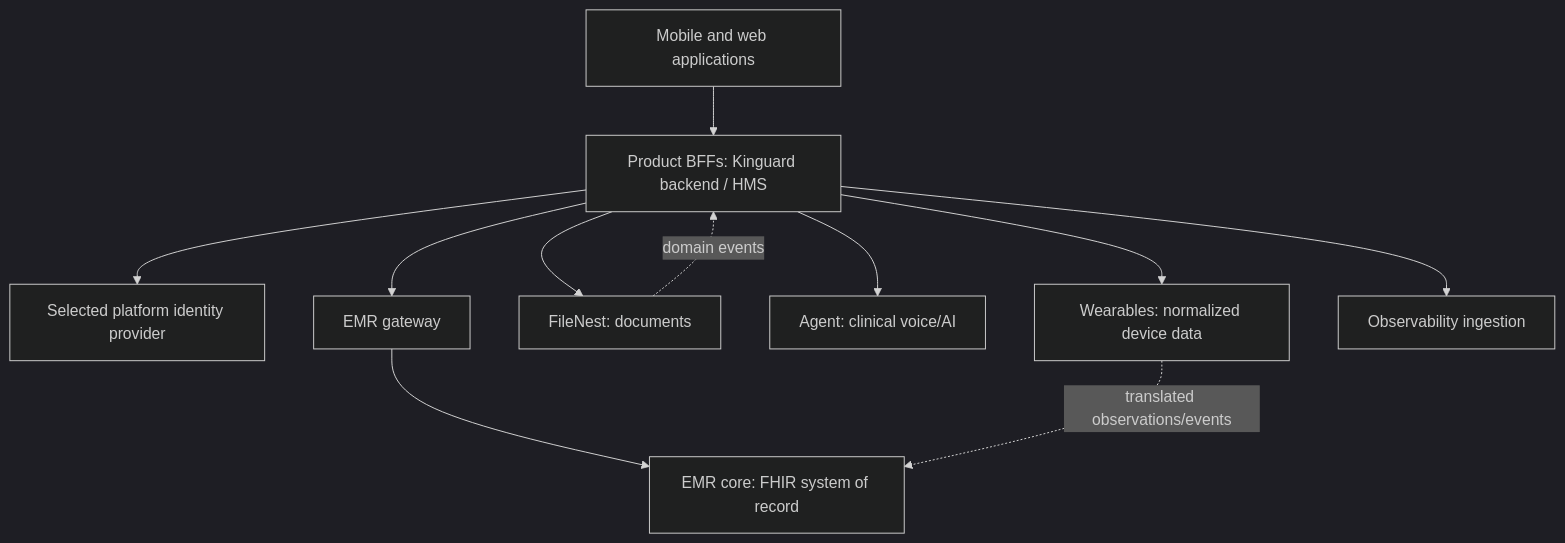
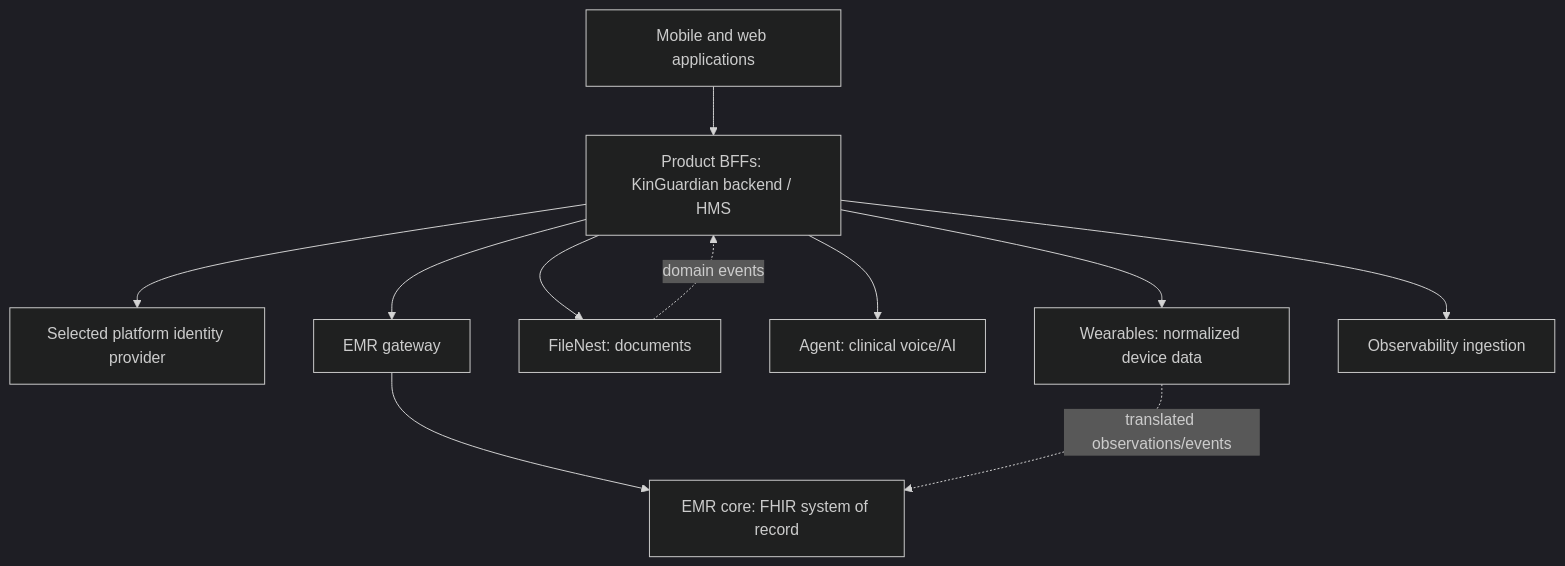
One commit to OpenHealthAgents/kinguardian-platform changed the diagram in ARCHITECTURE_PROPOSAL.md. Above: the diagram before and after it, drawn with Mermaid (dark theme). The commit also changed other lines of this file and 514 other files, not shown here.

Commit message:
feat(branding): complete rename from KinGuard to KinGuardian across all directories, docs, Docker, and configs

````diff
--- a/ARCHITECTURE_PROPOSAL.md
+++ b/ARCHITECTURE_PROPOSAL.md
@@ -7,13 +7,13 @@
 ```mermaid
 flowchart TB
-  UX[Mobile and web applications] --> BFF[Product BFFs: Kinguard backend / HMS]
+  UX[Mobile and web applications] --> BFF[Product BFFs: KinGuardian backend / HMS]
   BFF --> IAM[Selected platform identity provider]
   BFF --> EMRGW[EMR gateway]
   EMRGW --> EMR[EMR core: FHIR system of record]
   BFF --> Files[FileNest: documents]
   BFF --> Voice[Agent: clinical voice/AI]
   BFF --> Wear[Wearables: normalized device data]
   BFF --> Telemetry[Observability ingestion]
   Files -. domain events .-> BFF
   Wear -. translated observations/events .-> EMR
 ```
````
